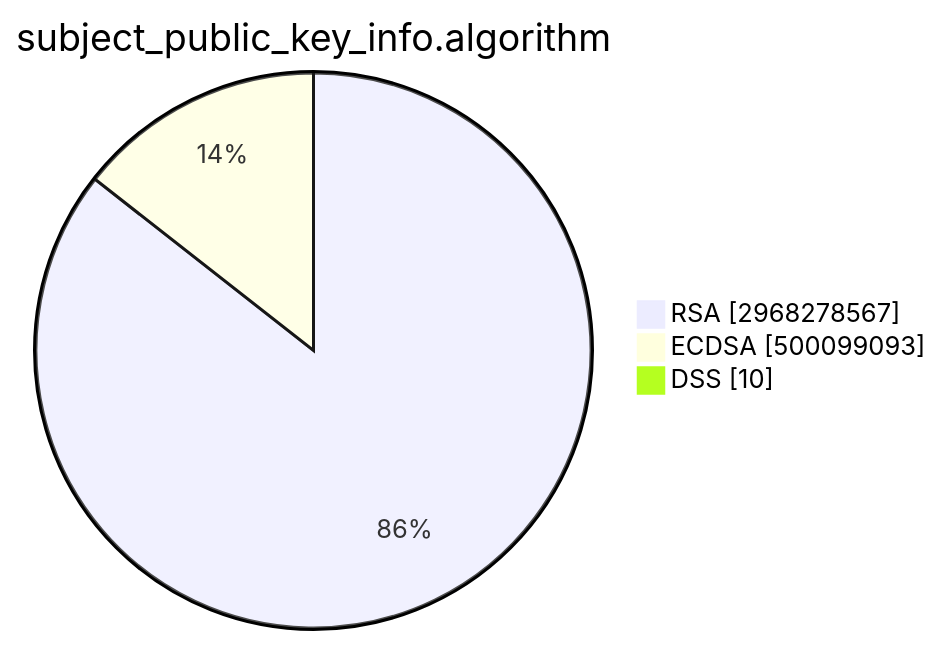
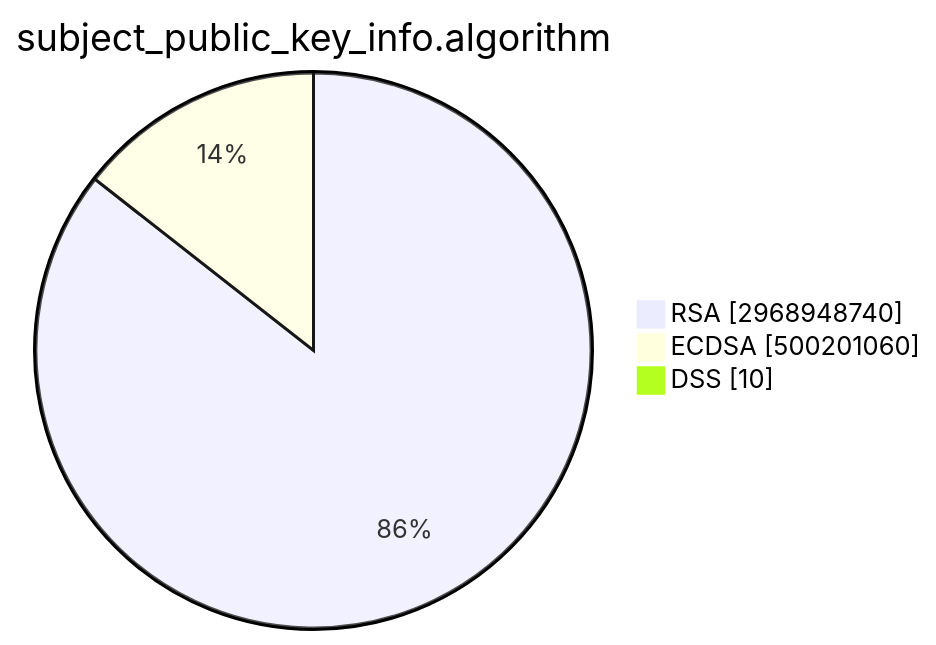
One commit to christiankrug/ctmonitor_visualization changed the second of 15 diagrams in TOTAL/README.md. Above: the diagram before and after it, drawn with Mermaid. The commit also changed other lines of this file, not shown here.

````diff
--- a/TOTAL/README.md
+++ b/TOTAL/README.md
@@ -6,7 +6,7 @@
 ```mermaid
 pie showData
 title subject_public_key_info.algorithm
-"RSA" :2968278567
-"ECDSA" :500099093
+"RSA" :2968948740
+"ECDSA" :500201060
 "DSS" :10
 ```
````
